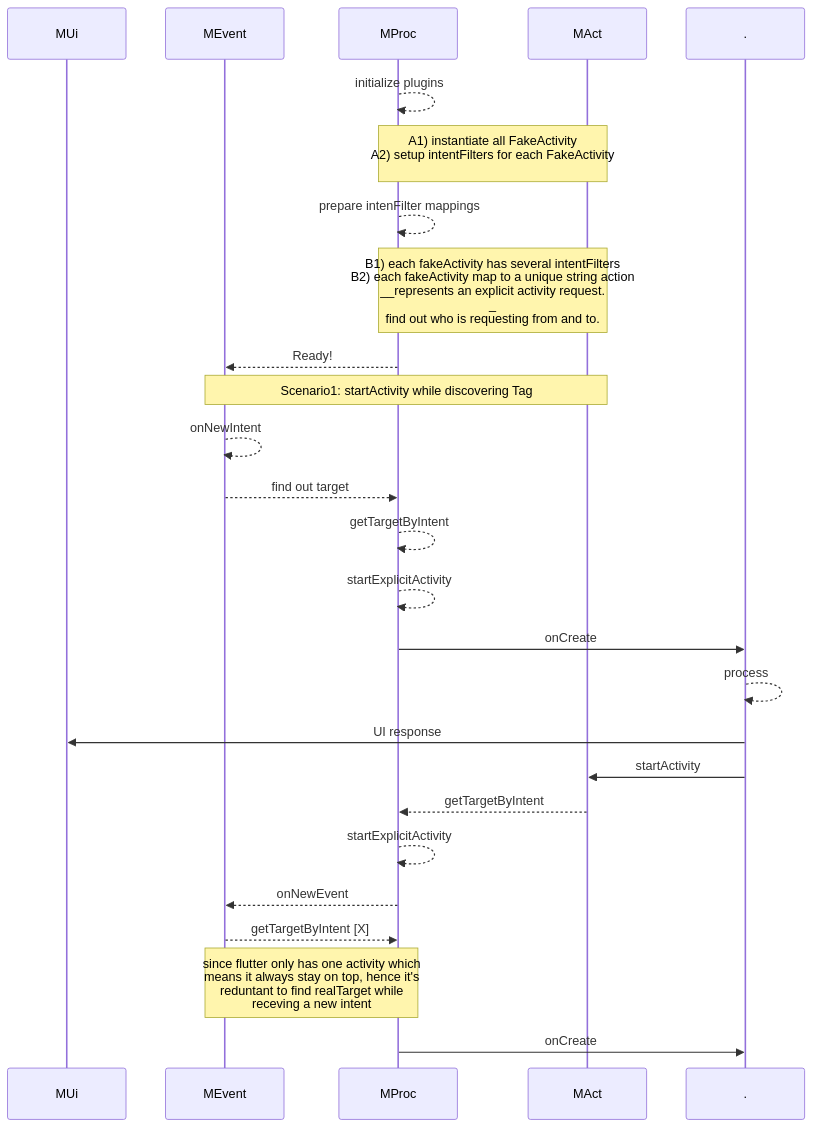
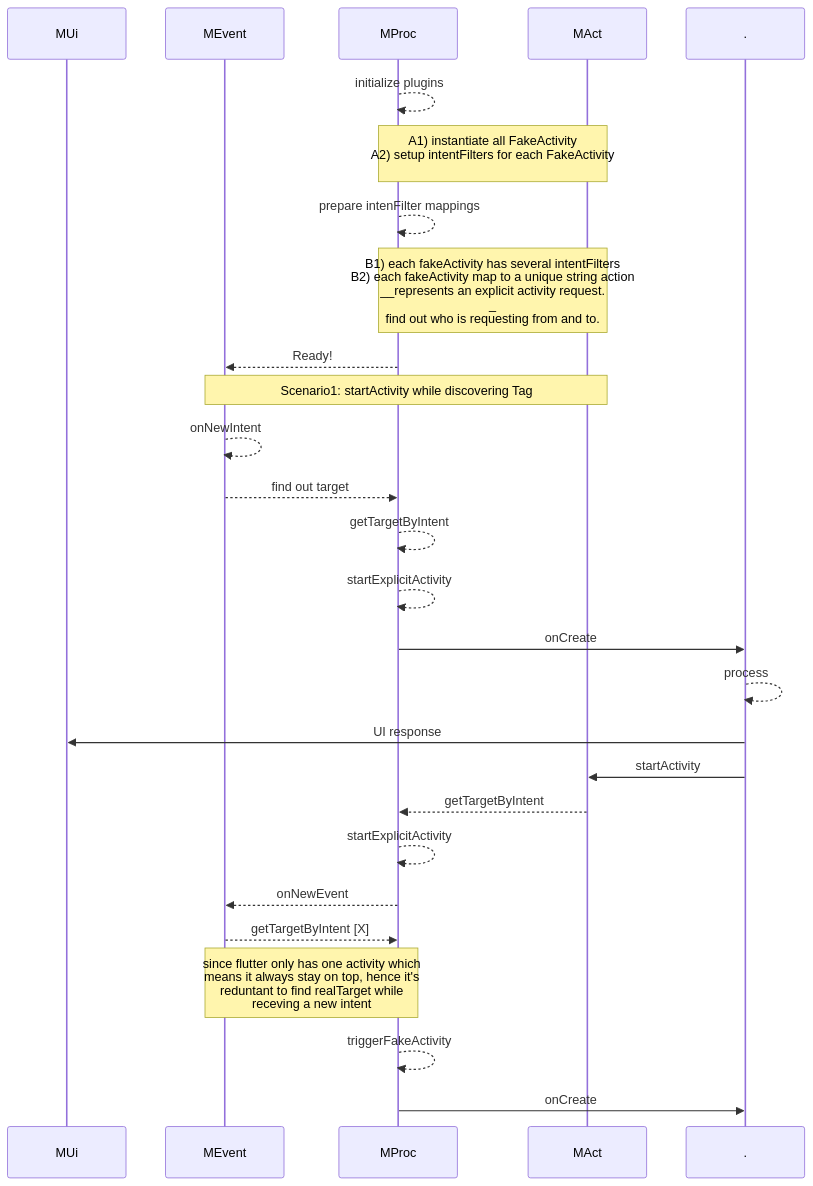
Before and after one commit to gordianknotC/nxp_note: the third of 6 diagrams in flutter/android_to_flutter.md, drawn with Mermaid. The commit also changed other lines of this file, not shown here.

Commit message:
flutter/android_to_flutter.md updated from https://stackedit.io/

````diff
--- a/flutter/android_to_flutter.md
+++ b/flutter/android_to_flutter.md
@@ -50,34 +50,37 @@
 ```mermaid
 sequenceDiagram
 participant MUi
 participant MEvent
 participant MProc
 participant MAct
 participant .
 
 MProc-->>MProc: initialize plugins
 Note over MProc,MAct: A1) instantiate all FakeActivity<br>A2) setup intentFilters for each FakeActivity<br>
 
 MProc-->>MProc: prepare intenFilter mappings
 Note over MProc, MAct: B1) each fakeActivity has several intentFilters<br>B2) each fakeActivity map to a unique string action<br>__represents an explicit activity request.<br>_<br> find out who is requesting from and to.
 
 MProc-->>MEvent: Ready!
 
 Note over MEvent, MAct: Scenario1: startActivity while discovering Tag
 MEvent-->>MEvent: onNewIntent
 MEvent-->>MProc: find out target
 MProc-->>MProc: getTargetByIntent
 MProc-->>MProc: startExplicitActivity
 MProc->> . : onCreate
 . -->> . : process
 . ->> MUi: UI response
 . ->> MAct: startActivity
 MAct -->> MProc: getTargetByIntent
 MProc -->> MProc: startExplicitActivity
 MProc -->> MEvent: onNewEvent
 MEvent -->> MProc: getTargetByIntent [X]
 
 Note over MEvent, MProc: since flutter only has one activity which<br> means it always stay on top, hence it's<br> reduntant to find realTarget while <br>receving a new intent
+
+MProc -->> MProc: triggerFakeActivity
 MProc ->> . : onCreate
 
+
 ```
````
